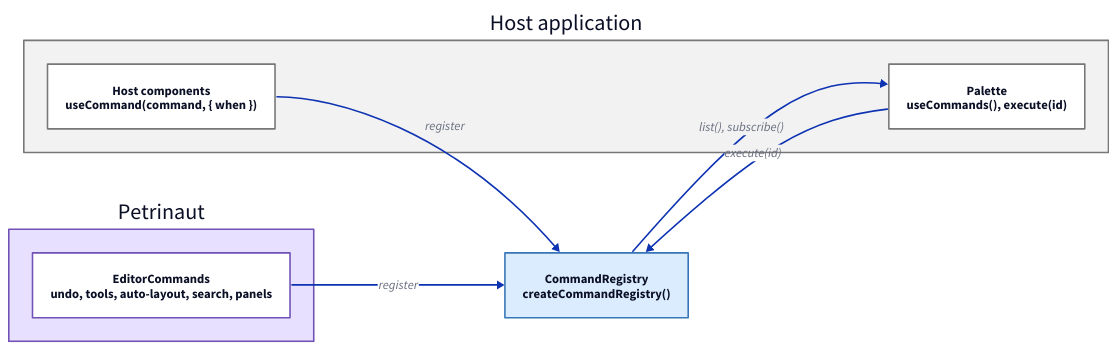
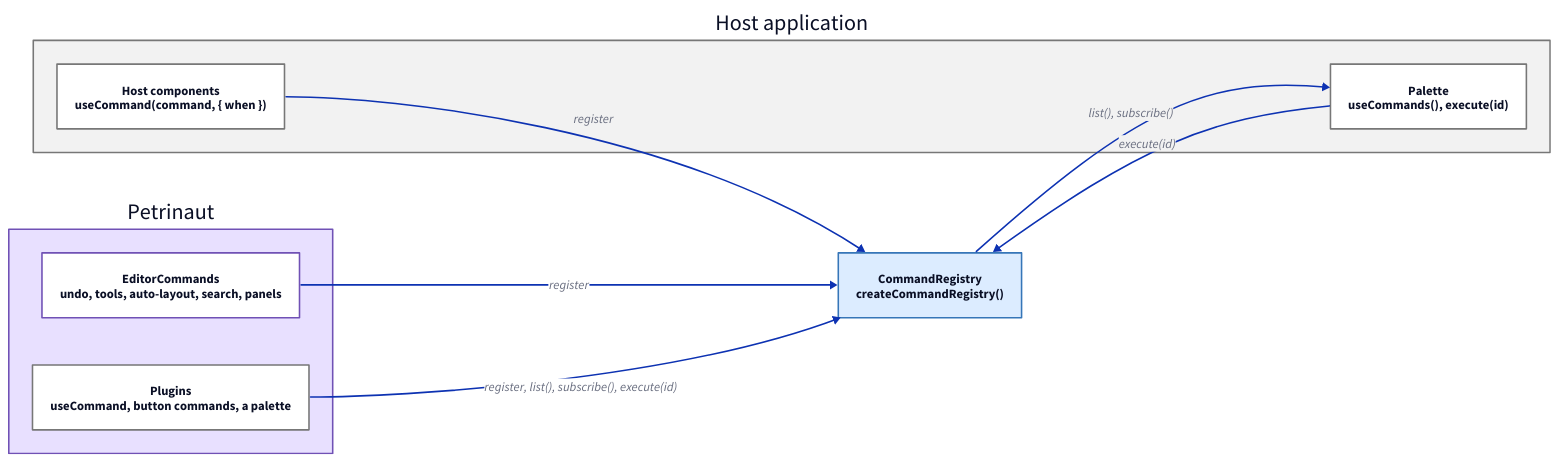
The diagram in libs/@local/petrinaut-arch-docs/content/diagrams/command-registry-flow.d2 (hashintel/hash), drawn with D2 before and after one commit. The commit also changed 9 other files, not shown here.

First line of the commit message:
Add the command palette plugin

```diff
--- a/libs/@local/petrinaut-arch-docs/content/diagrams/command-registry-flow.d2
+++ b/libs/@local/petrinaut-arch-docs/content/diagrams/command-registry-flow.d2
@@ -1,24 +1,26 @@
 # Hand-written; rendered by the arch-docs build. Palette matches the classes in
 # src/emit/d2.ts: core nodes use the `core` class, React bindings the `react`
 # class, and the host application the `other` class.
 direction: right
 
 host: "Host application" {
   style.fill: "#f2f2f2"
   style.stroke: "#777777"
   components: "Host components\nuseCommand(command, { when })" {style.fill: "#ffffff"; style.stroke: "#777777"}
   palette: "Palette\nuseCommands(), execute(id)" {style.fill: "#ffffff"; style.stroke: "#777777"}
 }
 
 registry: "CommandRegistry\ncreateCommandRegistry()" {style.fill: "#dcecff"; style.stroke: "#3676b8"}
 
 petrinaut: "Petrinaut" {
   style.fill: "#e8e0ff"
   style.stroke: "#7051b5"
   editor: "EditorCommands\nundo, tools, auto-layout, search, panels" {style.fill: "#ffffff"; style.stroke: "#7051b5"}
+  plugins: "Plugins\nuseCommand, button commands, a palette" {style.fill: "#ffffff"; style.stroke: "#777777"}
 }
 
 host.components -> registry: register
 petrinaut.editor -> registry: register
+petrinaut.plugins -> registry: "register, list(), subscribe(), execute(id)"
 registry -> host.palette: "list(), subscribe()"
 host.palette -> registry: "execute(id)"
```
